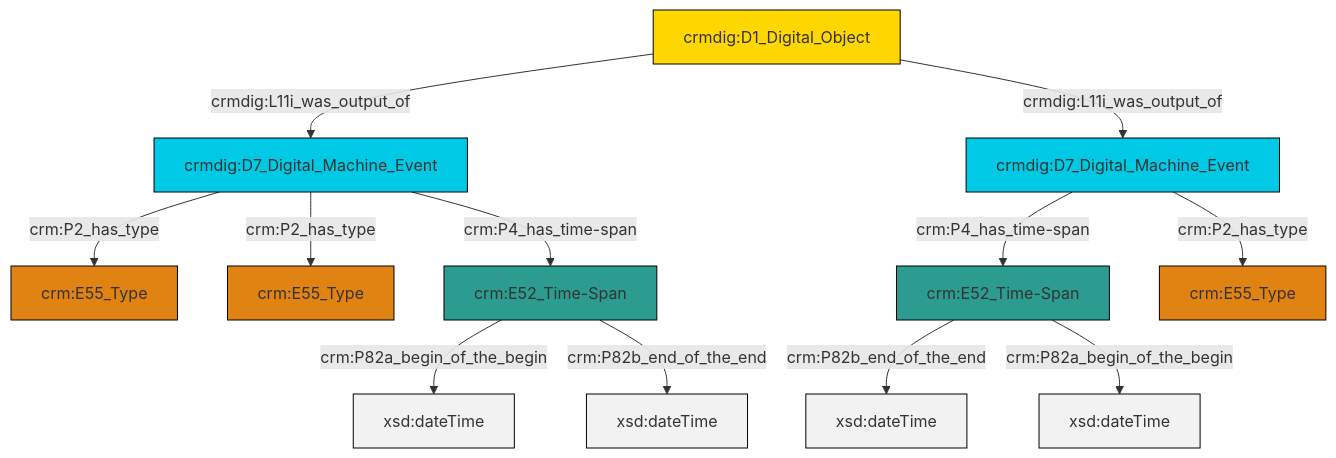
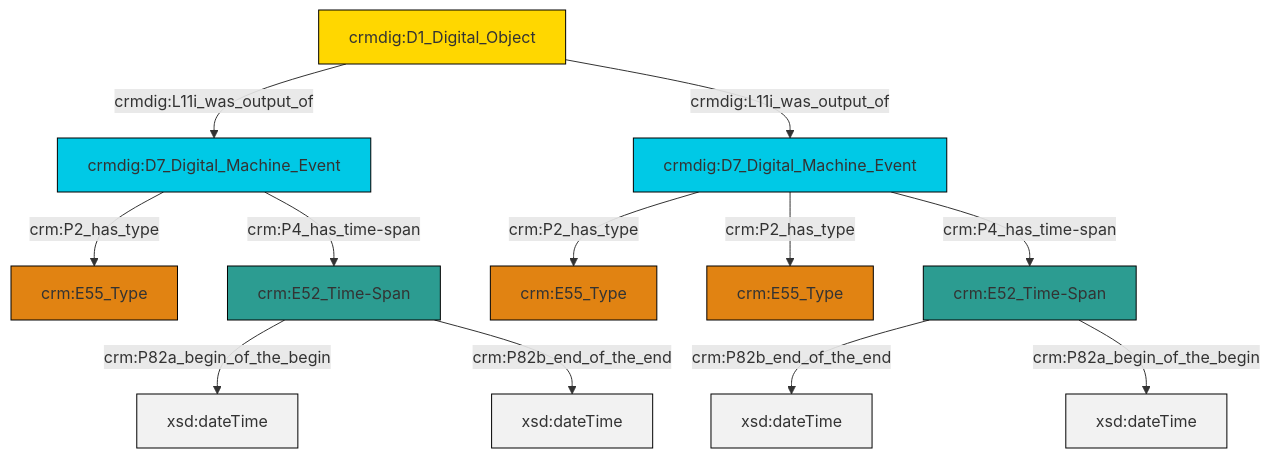
Before and after one commit to swiss-art-research-net/reference-data-models: the diagram in et/doCSV/ttl/mmd/do_existence.ttl.mmd, drawn with Mermaid. The commit also changed 128 other files, not shown here.

```diff
--- a/et/doCSV/ttl/mmd/do_existence.ttl.mmd
+++ b/et/doCSV/ttl/mmd/do_existence.ttl.mmd
@@ -1,26 +1,26 @@
 graph TD
 classDef Literal fill:#f2f2f2,stroke:#000000;
 classDef CRM_Entity fill:#FFFFFF,stroke:#000000;
 classDef Temporal_Entity fill:#00C9E6, stroke:#000000;
 classDef Type fill:#E18312, stroke:#000000;
 classDef Time-Span fill:#2C9C91, stroke:#000000;
 classDef Appellation fill:#FFEB7F, stroke:#000000;
 classDef Place fill:#008836, stroke:#000000;
 classDef Persistent_Item fill:#B266B2, stroke:#000000;
 classDef Conceptual_Object fill:#FFD700, stroke:#000000;
 classDef Physical_Thing fill:#D2B48C, stroke:#000000;
 classDef Actor fill:#f58aad, stroke:#000000;
 classDef PC_Classes fill:#4ce600, stroke:#000000;
 classDef Multi fill:#cccccc,stroke:#000000;
 
-4["crmdig:D7_Digital_Machine_Event"]:::Temporal_Entity -->|crm:P4_has_time-span| 5["crm:E52_Time-Span"]:::Time-Span
-8["crm:E52_Time-Span"]:::Time-Span -->|crm:P82a_begin_of_the_begin| 9[xsd:dateTime]:::Literal
-12["crmdig:D7_Digital_Machine_Event"]:::Temporal_Entity -->|crm:P2_has_type| 0["crm:E55_Type"]:::Type
-5["crm:E52_Time-Span"]:::Time-Span -->|crm:P82b_end_of_the_end| 15[xsd:dateTime]:::Literal
-8["crm:E52_Time-Span"]:::Time-Span -->|crm:P82b_end_of_the_end| 17[xsd:dateTime]:::Literal
-12["crmdig:D7_Digital_Machine_Event"]:::Temporal_Entity -->|crm:P2_has_type| 13["crm:E55_Type"]:::Type
-19["crmdig:D1_Digital_Object"]:::Conceptual_Object -->|crmdig:L11i_was_output_of| 12["crmdig:D7_Digital_Machine_Event"]:::Temporal_Entity
-4["crmdig:D7_Digital_Machine_Event"]:::Temporal_Entity -->|crm:P2_has_type| 2["crm:E55_Type"]:::Type
-5["crm:E52_Time-Span"]:::Time-Span -->|crm:P82a_begin_of_the_begin| 20[xsd:dateTime]:::Literal
-12["crmdig:D7_Digital_Machine_Event"]:::Temporal_Entity -->|crm:P4_has_time-span| 8["crm:E52_Time-Span"]:::Time-Span
-19["crmdig:D1_Digital_Object"]:::Conceptual_Object -->|crmdig:L11i_was_output_of| 4["crmdig:D7_Digital_Machine_Event"]:::Temporal_Entity
+2["crmdig:D7_Digital_Machine_Event"]:::Temporal_Entity -->|crm:P2_has_type| 0["crm:E55_Type"]:::Type
+3["crm:E52_Time-Span"]:::Time-Span -->|crm:P82a_begin_of_the_begin| 4[xsd:dateTime]:::Literal
+3["crm:E52_Time-Span"]:::Time-Span -->|crm:P82b_end_of_the_end| 8[xsd:dateTime]:::Literal
+2["crmdig:D7_Digital_Machine_Event"]:::Temporal_Entity -->|crm:P2_has_type| 12["crm:E55_Type"]:::Type
+9["crmdig:D1_Digital_Object"]:::Conceptual_Object -->|crmdig:L11i_was_output_of| 14["crmdig:D7_Digital_Machine_Event"]:::Temporal_Entity
+16["crm:E52_Time-Span"]:::Time-Span -->|crm:P82b_end_of_the_end| 17[xsd:dateTime]:::Literal
+14["crmdig:D7_Digital_Machine_Event"]:::Temporal_Entity -->|crm:P2_has_type| 5["crm:E55_Type"]:::Type
+14["crmdig:D7_Digital_Machine_Event"]:::Temporal_Entity -->|crm:P4_has_time-span| 3["crm:E52_Time-Span"]:::Time-Span
+16["crm:E52_Time-Span"]:::Time-Span -->|crm:P82a_begin_of_the_begin| 19[xsd:dateTime]:::Literal
+9["crmdig:D1_Digital_Object"]:::Conceptual_Object -->|crmdig:L11i_was_output_of| 2["crmdig:D7_Digital_Machine_Event"]:::Temporal_Entity
+2["crmdig:D7_Digital_Machine_Event"]:::Temporal_Entity -->|crm:P4_has_time-span| 16["crm:E52_Time-Span"]:::Time-Span
```
